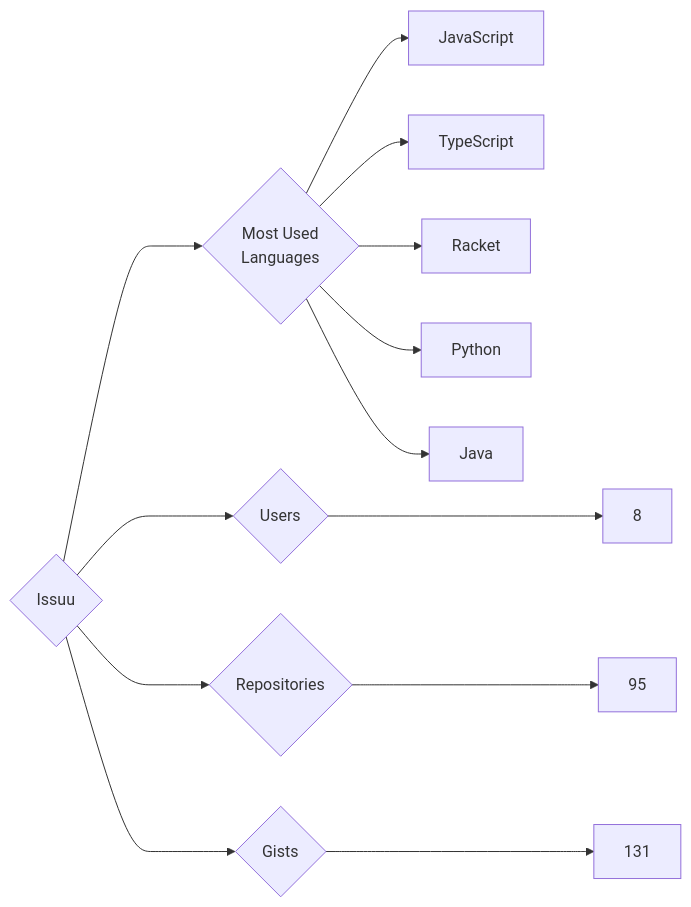
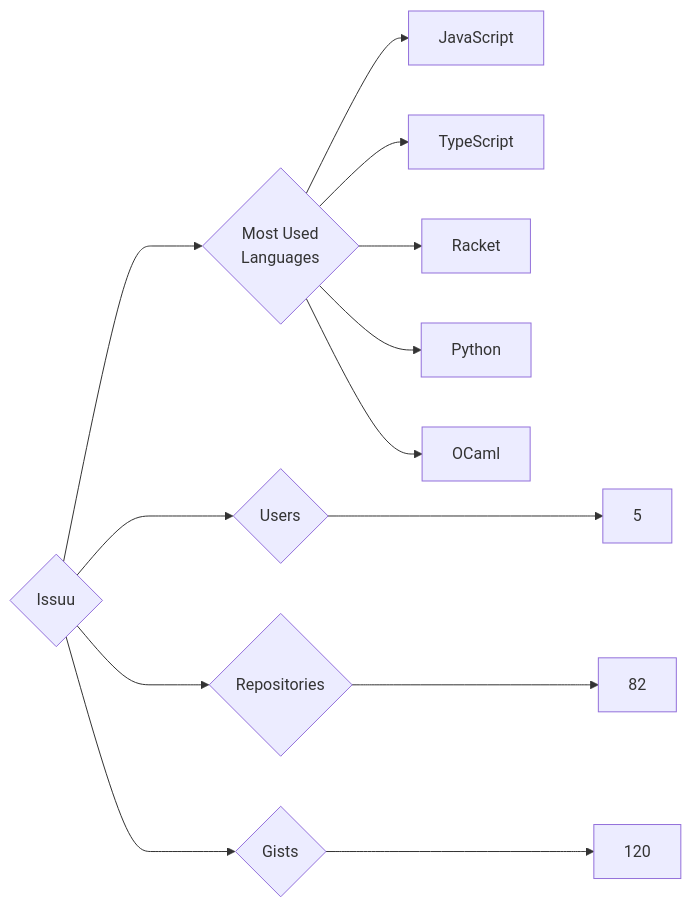
Before and after one commit to trickest/insiders: the diagram in targets/Issuu/README.md, drawn with Mermaid. The commit also changed 934 other files, not shown here.

````diff
--- a/targets/Issuu/README.md
+++ b/targets/Issuu/README.md
@@ -3,13 +3,13 @@
 ```mermaid
 graph LR
 COMPANY_NAME{Issuu}
-COMPANY_NAME ---> U{Users} ---> UN[8]
-COMPANY_NAME ---> R{Repositories} ---> RN[95]
-COMPANY_NAME ---> G{Gists} ---> GN[131]
+COMPANY_NAME ---> U{Users} ---> UN[5]
+COMPANY_NAME ---> R{Repositories} ---> RN[82]
+COMPANY_NAME ---> G{Gists} ---> GN[120]
 COMPANY_NAME ---> ML{Most Used<br>Languages}
 ML --> JavaScript[JavaScript]
 ML --> TypeScript[TypeScript]
 ML --> Racket[Racket]
 ML --> Python[Python]
-ML --> Java[Java]
+ML --> OCaml[OCaml]
 ```
````
